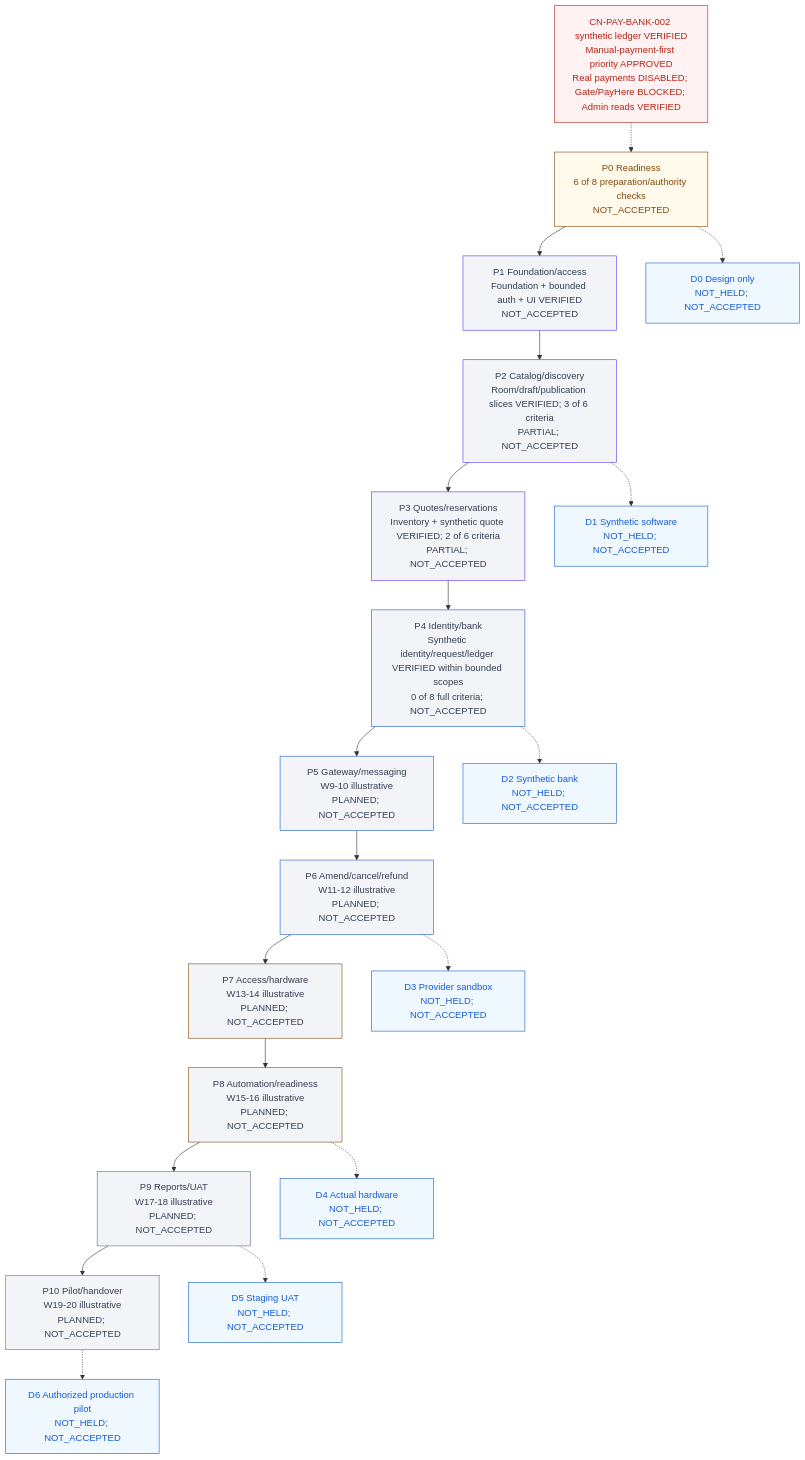
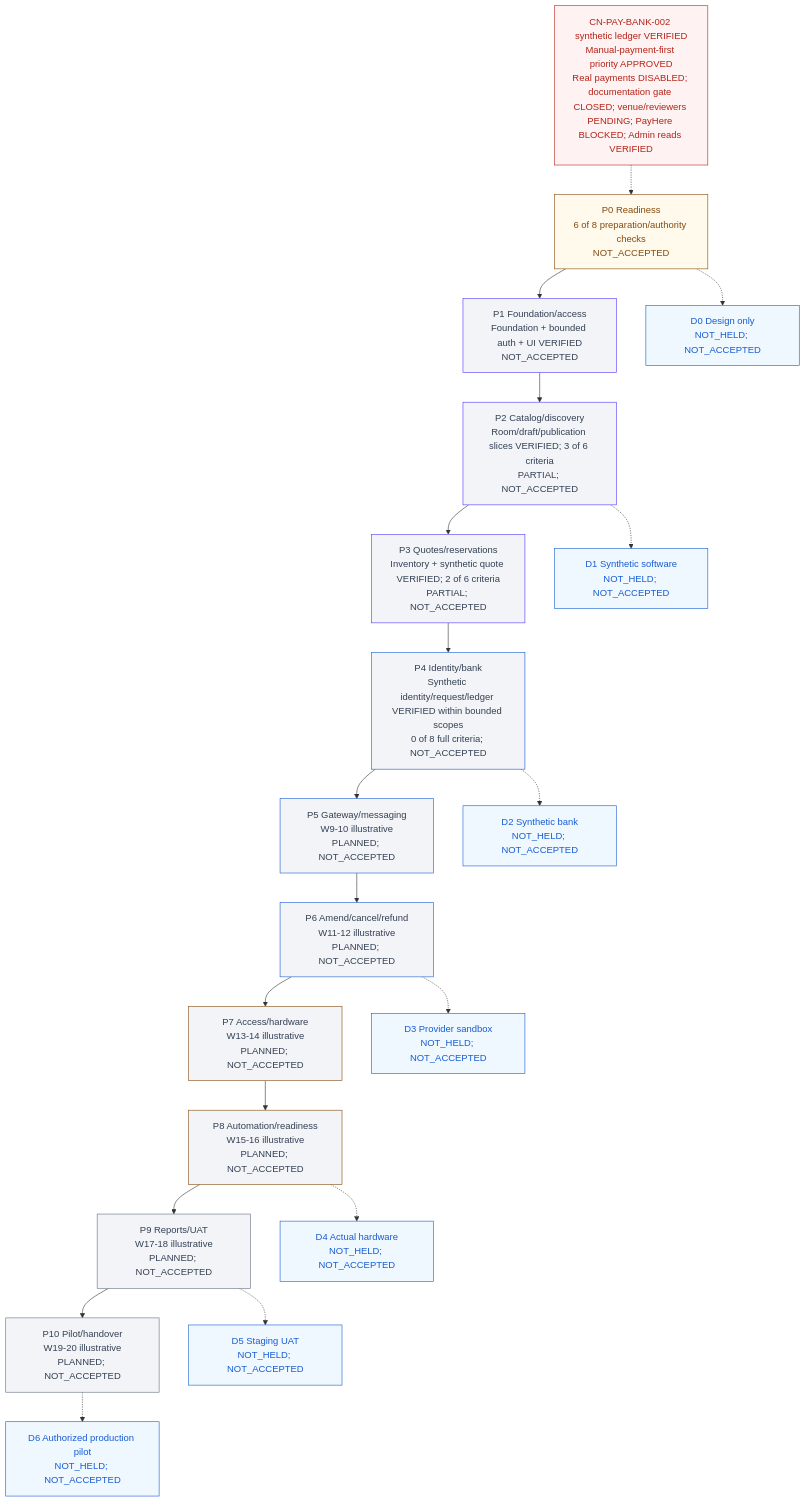
One commit to Hasitha3513/Theater-Project changed the diagram in knowledge/PROGRESS.md. Above: the diagram before and after it, drawn with Mermaid. The commit also changed other lines of this file and 7 other files, not shown here.

Commit message:
docs(governance): close CN-GATE-001 documentation scope

````diff
--- a/knowledge/PROGRESS.md
+++ b/knowledge/PROGRESS.md
@@ -313,45 +313,45 @@
 ```mermaid
 flowchart TB
-  G["CN-PAY-BANK-002 synthetic ledger VERIFIED<br/>Manual-payment-first priority APPROVED<br/>Real payments DISABLED; Gate/PayHere BLOCKED; Admin reads VERIFIED"]
+  G["CN-PAY-BANK-002 synthetic ledger VERIFIED<br/>Manual-payment-first priority APPROVED<br/>Real payments DISABLED; documentation gate CLOSED; venue/reviewers PENDING; PayHere BLOCKED; Admin reads VERIFIED"]
   P0["P0 Readiness<br/>6 of 8 preparation/authority checks<br/>NOT_ACCEPTED"]
   P1["P1 Foundation/access<br/>Foundation + bounded auth + UI VERIFIED<br/>NOT_ACCEPTED"]
   P2["P2 Catalog/discovery<br/>Room/draft/publication slices VERIFIED; 3 of 6 criteria<br/>PARTIAL; NOT_ACCEPTED"]
   P3["P3 Quotes/reservations<br/>Inventory + synthetic quote VERIFIED; 2 of 6 criteria<br/>PARTIAL; NOT_ACCEPTED"]
   P4["P4 Identity/bank<br/>Synthetic identity/request/ledger VERIFIED within bounded scopes<br/>0 of 8 full criteria; NOT_ACCEPTED"]
   P5["P5 Gateway/messaging<br/>W9-10 illustrative<br/>PLANNED; NOT_ACCEPTED"]
   P6["P6 Amend/cancel/refund<br/>W11-12 illustrative<br/>PLANNED; NOT_ACCEPTED"]
   P7["P7 Access/hardware<br/>W13-14 illustrative<br/>PLANNED; NOT_ACCEPTED"]
   P8["P8 Automation/readiness<br/>W15-16 illustrative<br/>PLANNED; NOT_ACCEPTED"]
   P9["P9 Reports/UAT<br/>W17-18 illustrative<br/>PLANNED; NOT_ACCEPTED"]
   P10["P10 Pilot/handover<br/>W19-20 illustrative<br/>PLANNED; NOT_ACCEPTED"]
   G -.-> P0
   P0 --> P1 --> P2 --> P3 --> P4 --> P5 --> P6 --> P7 --> P8 --> P9 --> P10
   D0["D0 Design only<br/>NOT_HELD; NOT_ACCEPTED"]
   D1["D1 Synthetic software<br/>NOT_HELD; NOT_ACCEPTED"]
   D2["D2 Synthetic bank<br/>NOT_HELD; NOT_ACCEPTED"]
   D3["D3 Provider sandbox<br/>NOT_HELD; NOT_ACCEPTED"]
   D4["D4 Actual hardware<br/>NOT_HELD; NOT_ACCEPTED"]
   D5["D5 Staging UAT<br/>NOT_HELD; NOT_ACCEPTED"]
   D6["D6 Authorized production pilot<br/>NOT_HELD; NOT_ACCEPTED"]
   P0 -.-> D0
   P2 -.-> D1
   P4 -.-> D2
   P6 -.-> D3
   P8 -.-> D4
   P9 -.-> D5
   P10 -.-> D6
   classDef readiness fill:#FFFAEB,color:#854A0E,stroke:#854A0E;
   classDef foundation fill:#F2F4F7,color:#344054,stroke:#5135FF;
   classDef financial fill:#F2F4F7,color:#344054,stroke:#175CD3;
   classDef physical fill:#F2F4F7,color:#344054,stroke:#854A0E;
   classDef release fill:#F2F4F7,color:#344054,stroke:#667085;
   classDef blocked fill:#FEF3F2,color:#B42318,stroke:#B42318;
   classDef demo fill:#EFF8FF,color:#175CD3,stroke:#175CD3;
   class P0 readiness;
   class P1,P2,P3 foundation;
   class P4,P5,P6 financial;
   class P7,P8 physical;
   class P9,P10 release;
   class G blocked;
   class D0,D1,D2,D3,D4,D5,D6 demo;
 ```
````
